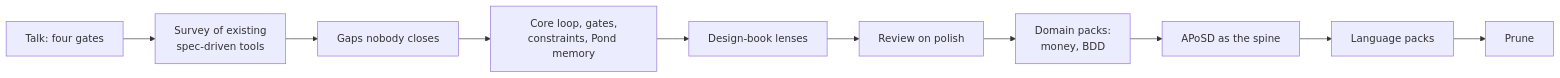
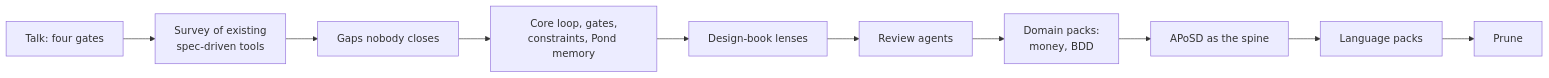
Before and after one commit to dogebonker/plumb: the first of 3 diagrams in README.md, drawn with Mermaid. The commit also changed other lines of this file and 20 other files, not shown here.

Commit message:
Review agents live in factory-review: polish's local review inlined, a per-language defect rubric in the correctness agent, and per-file coverage

````diff
--- a/README.md
+++ b/README.md
@@ -33,12 +32,12 @@
 ```mermaid
 flowchart LR
   A[Talk: four gates] --> B[Survey of existing<br/>spec-driven tools]
   B --> C[Gaps nobody closes]
   C --> D[Core loop, gates,<br/>constraints, Pond memory]
   D --> E[Design-book lenses]
-  E --> F[Review on polish]
+  E --> F[Review agents]
   F --> G[Domain packs:<br/>money, BDD]
   G --> H[APoSD as the spine]
   H --> I[Language packs]
   I --> J[Prune]
 ```
````
